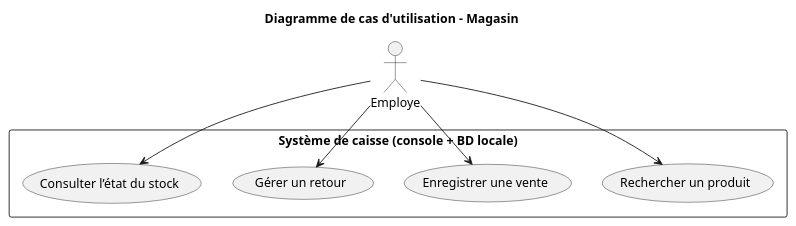
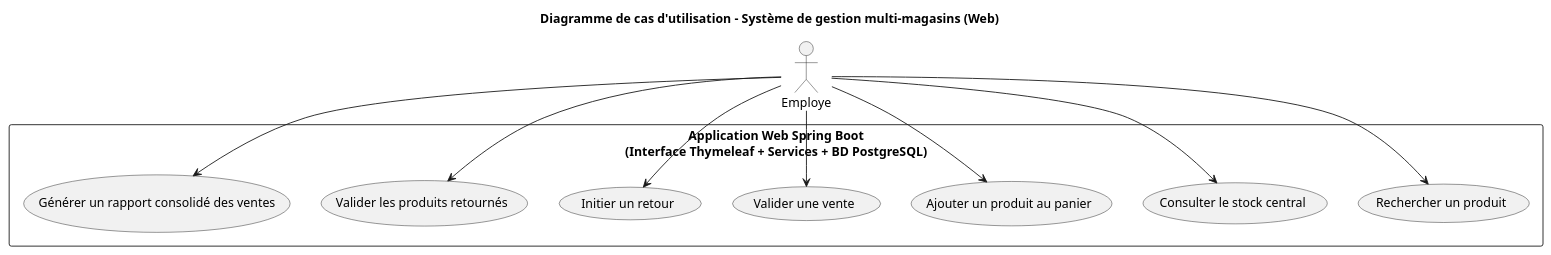
Before and after one commit to SlitherinSnake/tp0-1-2-log430: the diagram in docs/diagrams/cu/menu.puml, drawn with PlantUML. The commit also changed 14 other files, not shown here.

```diff
--- a/docs/diagrams/cu/menu.puml
+++ b/docs/diagrams/cu/menu.puml
@@ -1,18 +1,32 @@
 @startuml
-title Diagramme de cas d'utilisation – Magasin
+title Diagramme de cas d'utilisation – Système de gestion multi-magasins (Web)
 
 actor Employe
 
-rectangle "Système de caisse (console + BD locale)" {
+rectangle "Application Web Spring Boot\n(Interface Thymeleaf + Services + BD PostgreSQL)" {
+
+  ' === Cas d'utilisation de gestion de produits ===
   usecase "Rechercher un produit" as UC1
-  usecase "Enregistrer une vente" as UC2
-  usecase "Gérer un retour" as UC3
-  usecase "Consulter l’état du stock" as UC4
+  usecase "Consulter le stock central" as UC2
+
+  ' === Cas d'utilisation de gestion des ventes ===
+  usecase "Ajouter un produit au panier" as UC3
+  usecase "Valider une vente" as UC4
+
+  ' === Cas d'utilisation de gestion des retours ===
+  usecase "Initier un retour" as UC5
+  usecase "Valider les produits retournés" as UC6
+
+  ' === Cas d'utilisation de rapport (ex : UC1 de ton projet final) ===
+  usecase "Générer un rapport consolidé des ventes" as UC7
 }
 
 Employe --> UC1
 Employe --> UC2
 Employe --> UC3
 Employe --> UC4
+Employe --> UC5
+Employe --> UC6
+Employe --> UC7
 
 @enduml
```
